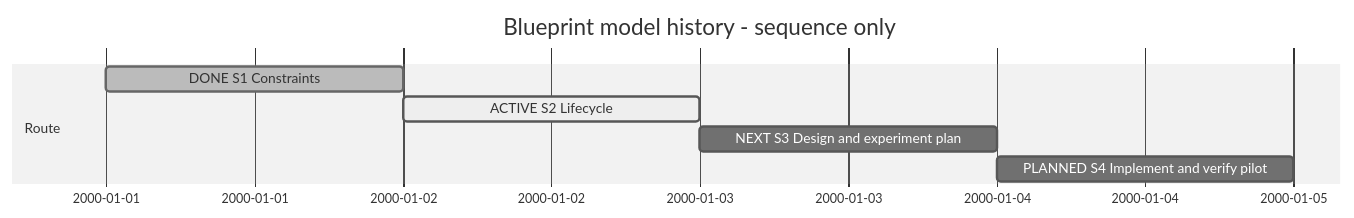
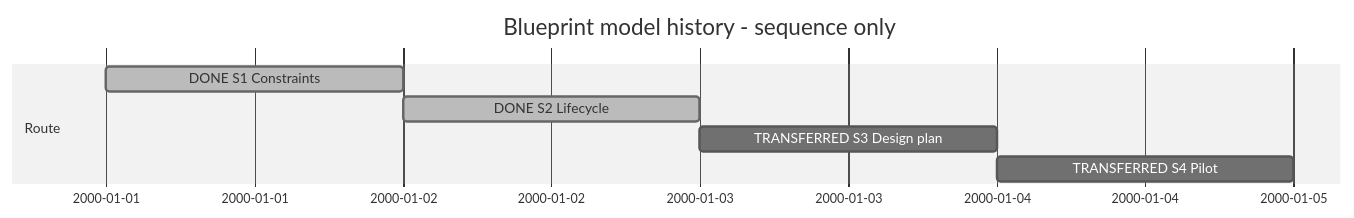
Before and after one commit to Hans-Einar/SDP: the diagram in SDP/Sessions/session-#0005--Blueprint_model_history.md, drawn with Mermaid (neutral theme). The commit also changed other lines of this file and 11 other files, not shown here.

````diff
--- a/SDP/Sessions/session-#0005--Blueprint_model_history.md
+++ b/SDP/Sessions/session-#0005--Blueprint_model_history.md
@@ -8,10 +8,10 @@
 ```mermaid
 gantt
     title Blueprint model history - sequence only
     dateFormat YYYY-MM-DD
     section Route
     DONE S1 Constraints :done,s1,2000-01-01,1d
-    ACTIVE S2 Lifecycle :active,s2,after s1,1d
-    NEXT S3 Design and experiment plan :s3,after s2,1d
-    PLANNED S4 Implement and verify pilot :s4,after s3,1d
+    DONE S2 Lifecycle :done,s2,after s1,1d
+    TRANSFERRED S3 Design plan :s3,after s2,1d
+    TRANSFERRED S4 Pilot :s4,after s3,1d
 ```
````
